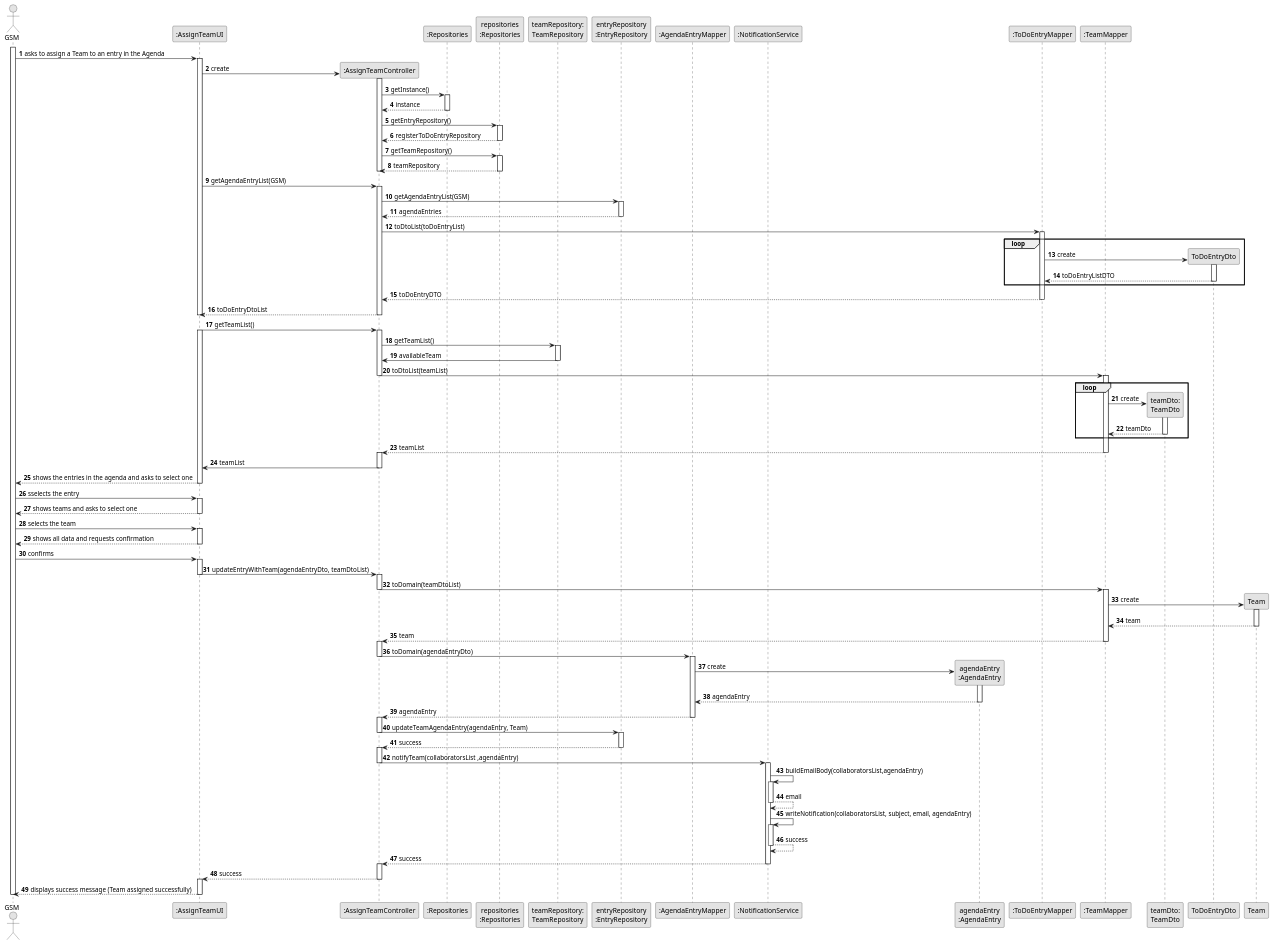
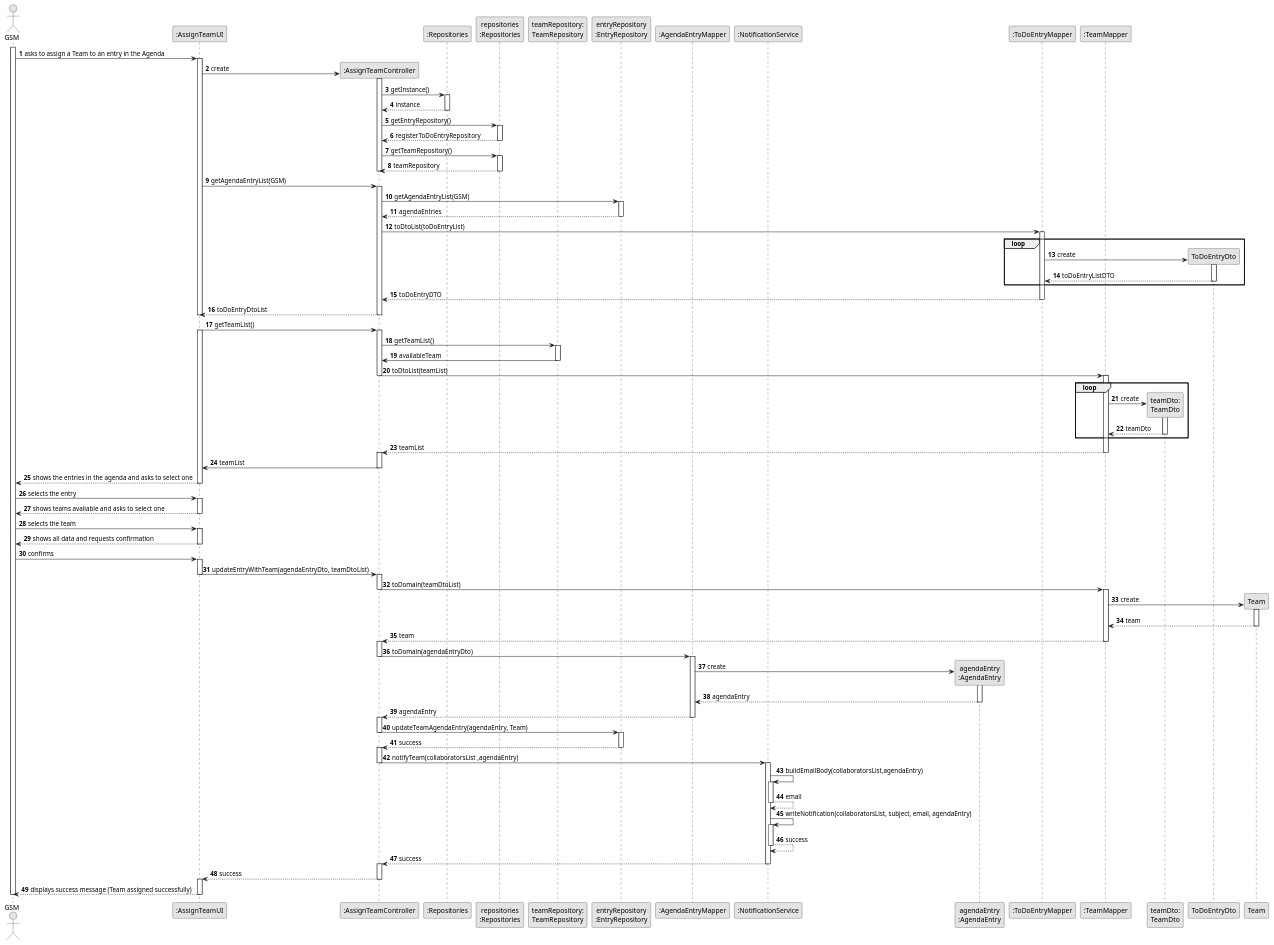
The diagram in docs/sprintC/us023/03.design/puml/us023-sequence-diagram-full.puml (ricardomm7/leaflink), drawn with PlantUML before and after one commit. The commit also changed 5 other files, not shown here.

```diff
--- a/docs/sprintC/us023/03.design/puml/us023-sequence-diagram-full.puml
+++ b/docs/sprintC/us023/03.design/puml/us023-sequence-diagram-full.puml
@@ -115,10 +115,10 @@
         UI --> GSM : shows the entries in the agenda and asks to select one
         deactivate UI
 
-    GSM -> UI : sselects the entry
+    GSM -> UI : selects the entry
     activate UI
 
-    UI --> GSM : shows teams and asks to select one
+    UI --> GSM : shows teams available and asks to select one
     deactivate UI
 
     GSM -> UI: selects the team
```
